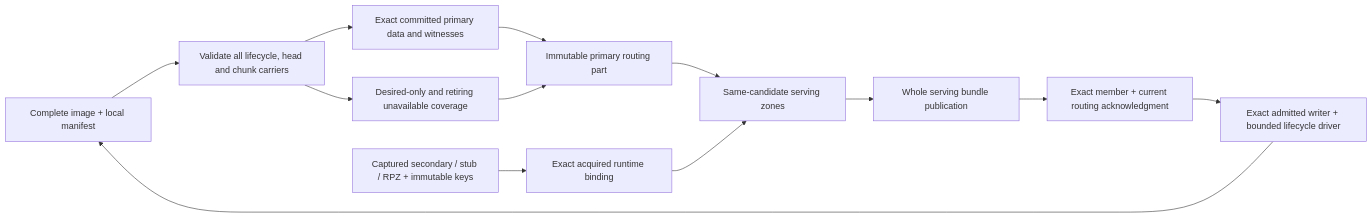
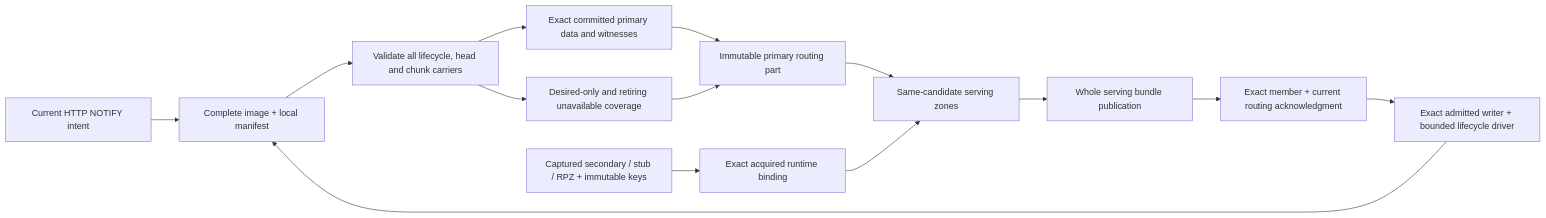
Before and after one commit to robertherbaugh/kudurru: the eighth of 8 diagrams in docs/architecture/zones.md, drawn with Mermaid. The commit also changed other lines of this file and 9 other files, not shown here.

````diff
--- a/docs/architecture/zones.md
+++ b/docs/architecture/zones.md
@@ -560,15 +560,16 @@
 ```mermaid
 flowchart LR
     Image["Complete image + local manifest"] --> Validate["Validate all lifecycle, head and chunk carriers"]
     Validate --> Committed["Exact committed primary data and witnesses"]
     Validate --> Missing["Desired-only and retiring unavailable coverage"]
     Committed --> Part["Immutable primary routing part"]
     Missing --> Part
     Runtime["Captured secondary / stub / RPZ + immutable keys"] --> Bound["Exact acquired runtime binding"]
     Part --> Compose["Same-candidate serving zones"]
     Bound --> Compose
     Compose --> Bundle["Whole serving bundle publication"]
     Driver["Exact admitted writer + bounded lifecycle driver"] --> Image
+    Manual["Current HTTP NOTIFY intent"] --> Image
     Bundle --> Ack["Exact member + current routing acknowledgment"]
     Ack --> Driver
 ```
````
